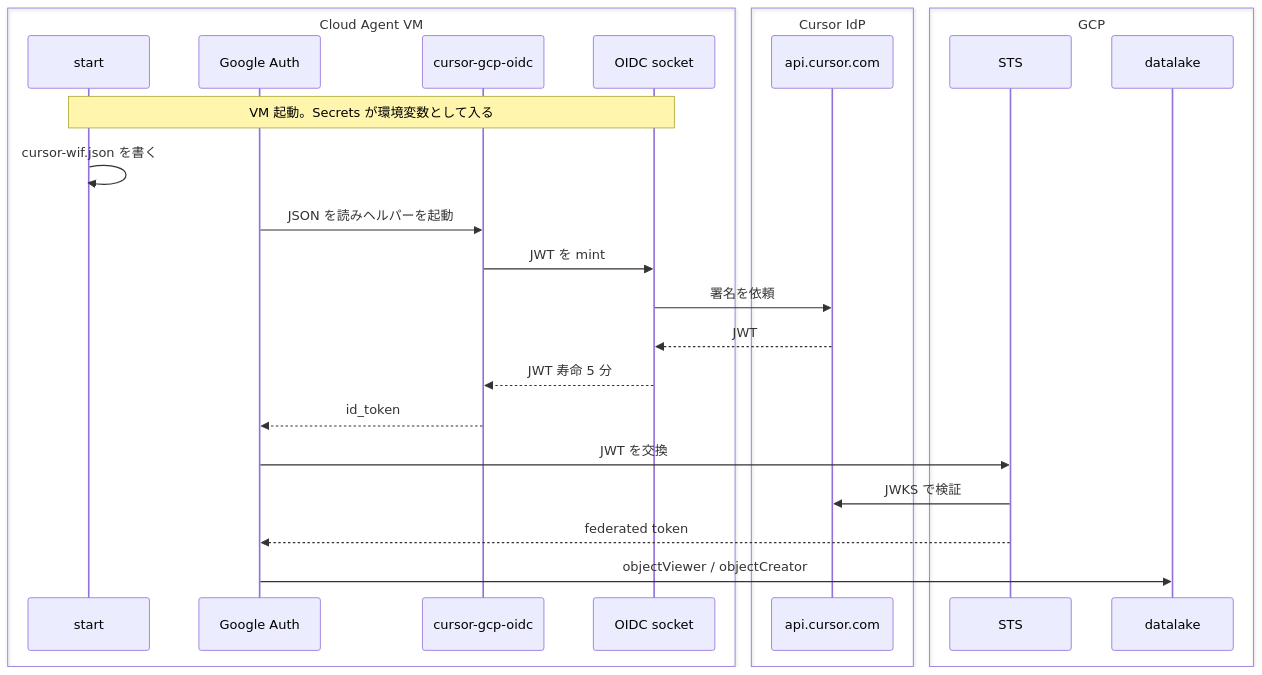
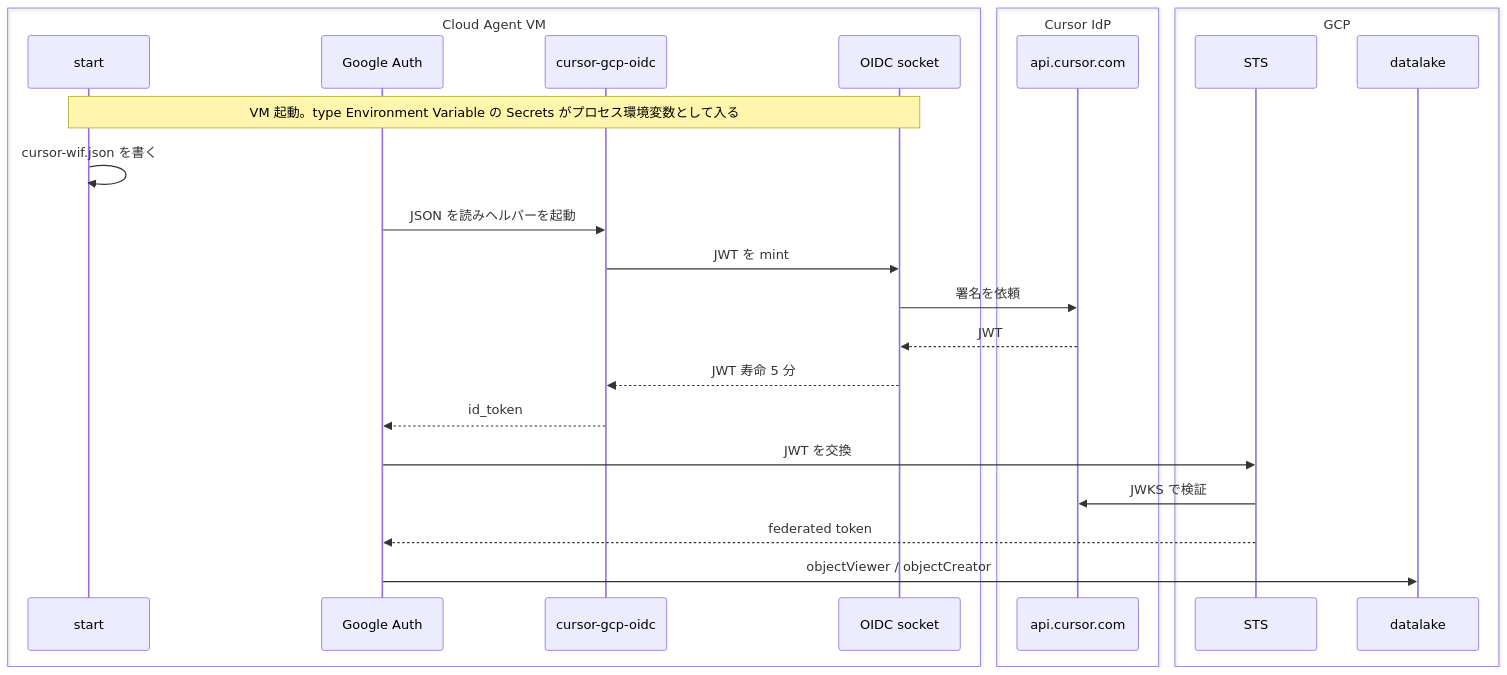
Before and after one commit to haru-256/devgist: the diagram in docs/runbooks/cursor-cloud-oidc-wif.md, drawn with Mermaid. The commit also changed other lines of this file and 2 other files, not shown here.

First line of the commit message:
docs: set Cursor WIF Secrets to type Environment Variable

````diff
--- a/docs/runbooks/cursor-cloud-oidc-wif.md
+++ b/docs/runbooks/cursor-cloud-oidc-wif.md
@@ -9,29 +9,29 @@
 ```mermaid
 sequenceDiagram
   box Cloud Agent VM
     participant Start as start
     participant Auth as Google Auth
     participant Helper as cursor-gcp-oidc
     participant Socket as OIDC socket
   end
   box Cursor IdP
     participant Cursor as api.cursor.com
   end
   box GCP
     participant Sts as STS
     participant Gcs as datalake
   end
 
-  Note over Start,Socket: VM 起動。Secrets が環境変数として入る
+  Note over Start,Socket: VM 起動。type Environment Variable の Secrets がプロセス環境変数として入る
   Start->>Start: cursor-wif.json を書く
   Auth->>Helper: JSON を読みヘルパーを起動
   Helper->>Socket: JWT を mint
   Socket->>Cursor: 署名を依頼
   Cursor-->>Socket: JWT
   Socket-->>Helper: JWT 寿命 5 分
   Helper-->>Auth: id_token
   Auth->>Sts: JWT を交換
   Sts->>Cursor: JWKS で検証
   Sts-->>Auth: federated token
   Auth->>Gcs: objectViewer / objectCreator
 ```
````
